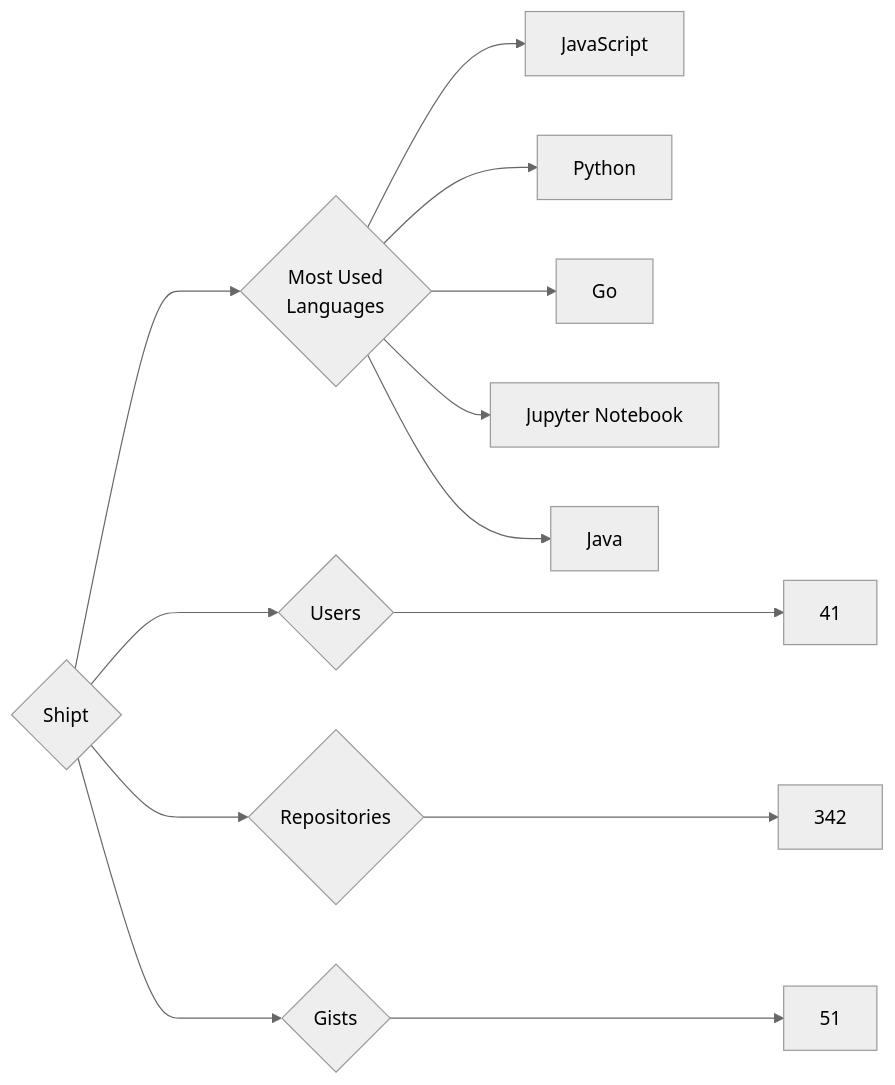
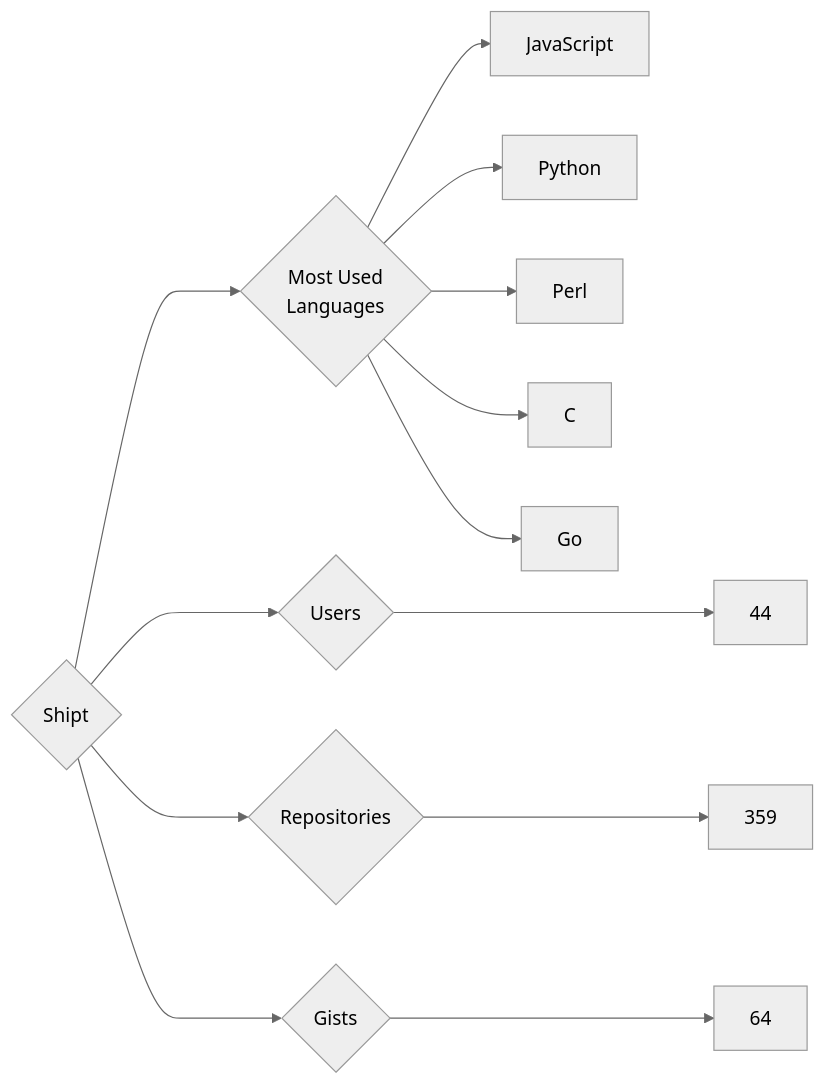
Before and after one commit to trickest/insiders: the diagram in targets/Shipt/README.md, drawn with Mermaid (neutral theme). The commit also changed 953 other files, not shown here.

````diff
--- a/targets/Shipt/README.md
+++ b/targets/Shipt/README.md
@@ -3,13 +3,13 @@
 ```mermaid
 graph LR
 COMPANY_NAME{Shipt}
-COMPANY_NAME ---> U{Users} ---> UN[41]
-COMPANY_NAME ---> R{Repositories} ---> RN[342]
-COMPANY_NAME ---> G{Gists} ---> GN[51]
+COMPANY_NAME ---> U{Users} ---> UN[44]
+COMPANY_NAME ---> R{Repositories} ---> RN[359]
+COMPANY_NAME ---> G{Gists} ---> GN[64]
 COMPANY_NAME ---> ML{Most Used<br>Languages}
 ML --> JavaScript[JavaScript]
 ML --> Python[Python]
+ML --> Perl[Perl]
+ML --> C[C]
 ML --> Go[Go]
-ML --> Jupyter_Notebook[Jupyter Notebook]
-ML --> Java[Java]
 ```
````
